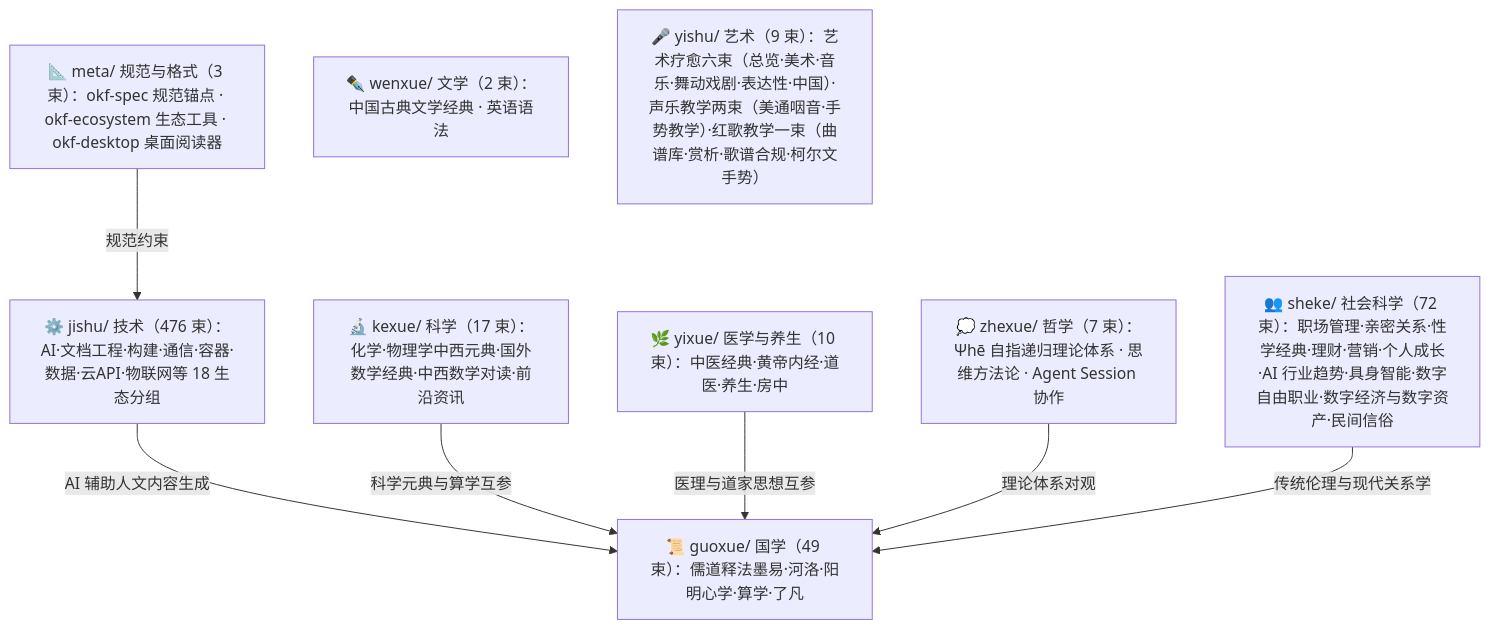
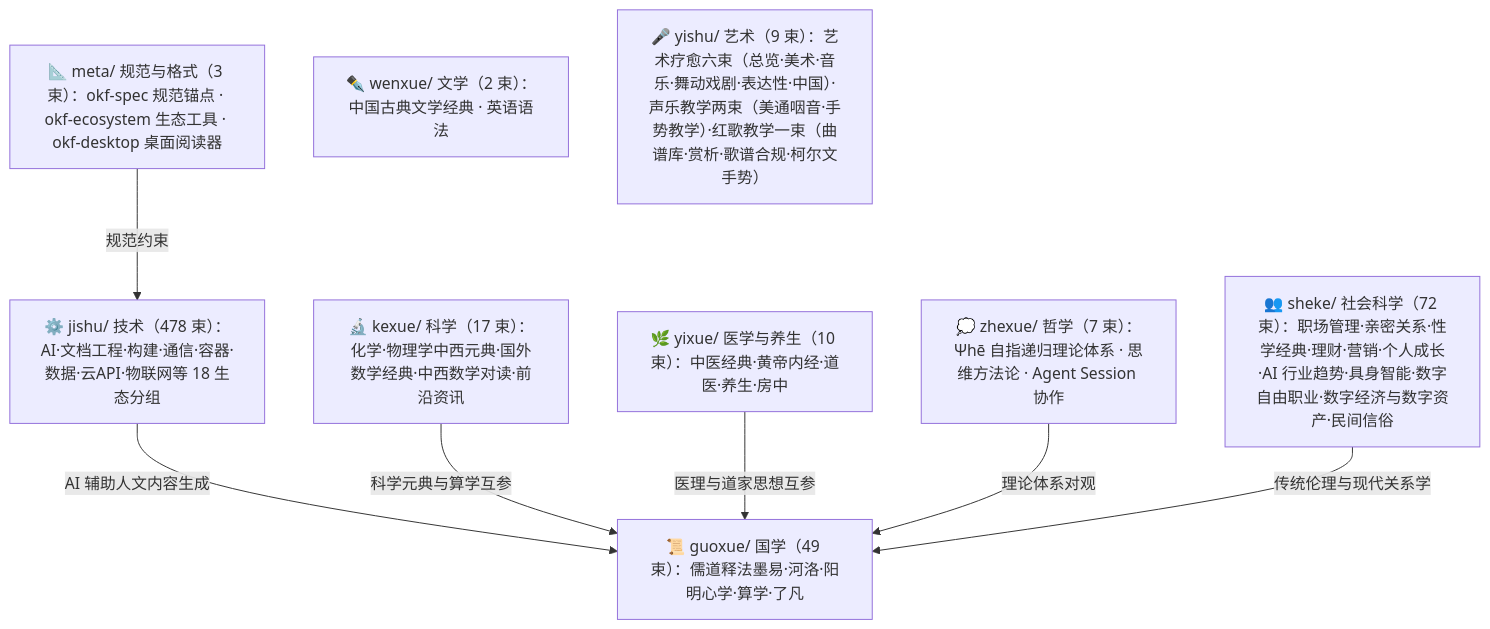
The diagram in doc/bundles/index.md (awesome-flexloop/awesome-okf), drawn with Mermaid before and after one commit. The commit also changed other lines of this file and 41 other files, not shown here.

````diff
--- a/doc/bundles/index.md
+++ b/doc/bundles/index.md
@@ -21,18 +21,18 @@
 ```mermaid
 flowchart TD
     meta["📐 meta/ 规范与格式（3 束）：okf-spec 规范锚点 · okf-ecosystem 生态工具 · okf-desktop 桌面阅读器"]
     guoxue["📜 guoxue/ 国学（49 束）：儒道释法墨易·河洛·阳明心学·算学·了凡"]
     zhexue["💭 zhexue/ 哲学（7 束）：Ψhē 自指递归理论体系 · 思维方法论 · Agent Session 协作"]
     kexue["🔬 kexue/ 科学（17 束）：化学·物理学中西元典·国外数学经典·中西数学对读·前沿资讯"]
     wenxue["✒️ wenxue/ 文学（2 束）：中国古典文学经典 · 英语语法"]
     yixue["🌿 yixue/ 医学与养生（10 束）：中医经典·黄帝内经·道医·养生·房中"]
     sheke["👥 sheke/ 社会科学（72 束）：职场管理·亲密关系·性学经典·理财·营销·个人成长·AI 行业趋势·具身智能·数字自由职业·数字经济与数字资产·民间信俗"]
     yishu["🎤 yishu/ 艺术（9 束）：艺术疗愈六束（总览·美术·音乐·舞动戏剧·表达性·中国）·声乐教学两束（美通咽音·手势教学）·红歌教学一束（曲谱库·赏析·歌谱合规·柯尔文手势）"]
-    jishu["⚙️ jishu/ 技术（476 束）：AI·文档工程·构建·通信·容器·数据·云API·物联网等 18 生态分组"]
+    jishu["⚙️ jishu/ 技术（478 束）：AI·文档工程·构建·通信·容器·数据·云API·物联网等 18 生态分组"]
     meta -->|"规范约束"| jishu
     jishu -->|"AI 辅助人文内容生成"| guoxue
     kexue -->|"科学元典与算学互参"| guoxue
     yixue -->|"医理与道家思想互参"| guoxue
     zhexue -->|"理论体系对观"| guoxue
     sheke -->|"传统伦理与现代关系学"| guoxue
 ```
````
